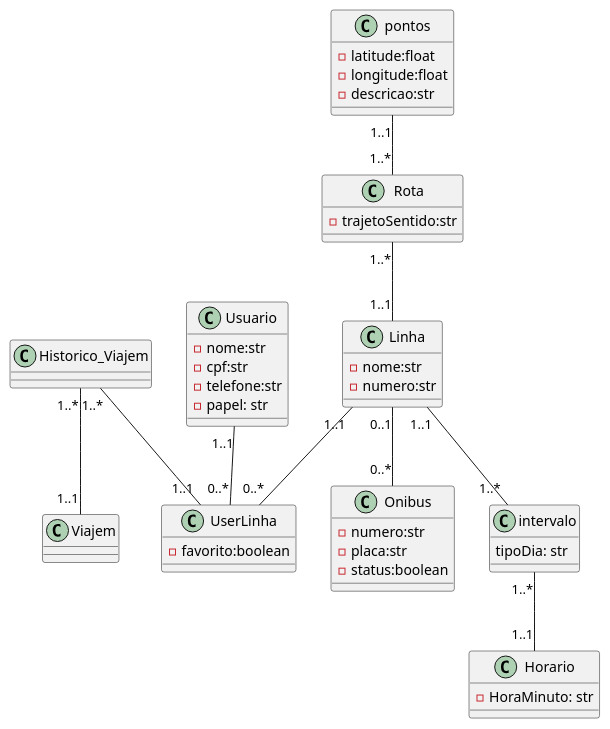
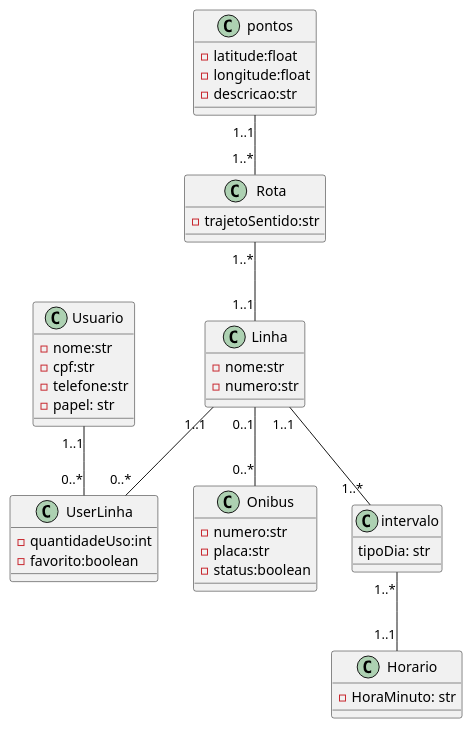
The diagram in docs/mybus_uml.puml (saames/mybus), drawn with PlantUML before and after one commit.

Commit message:
feat:valtamos as origens

```diff
--- a/docs/mybus_uml.puml
+++ b/docs/mybus_uml.puml
@@ -1,62 +1,55 @@
 @startuml mybus
 class Onibus{
     -numero:str
     -placa:str
     -status:boolean
 }
 class Usuario{
     -nome:str
     -cpf:str
     -telefone:str
     -papel: str
 
 }
 class Linha{
     -nome:str
     -numero:str
 }
 class Rota{
     -trajetoSentido:str
 }
 
 
 class pontos{
     -latitude:float
     -longitude:float
     -descricao:str
 
 }
 class intervalo{
     tipoDia: str
 }
 
 class UserLinha{
+    -quantidadeUso:int
     -favorito:boolean
-}
-
-class Historico_Viajem{
-
-}
-
-class Viajem{
-
 }
 
 class Horario {
     -HoraMinuto: str
 
 }
 
 Linha "0..1" -- "0..*" Onibus
 Rota "1..*" -- "1..1"Linha
 pontos "1..1" -- "1..*" Rota
 Linha "1..1" -- "1..*" intervalo
 intervalo "1..*" -- "1..1"Horario
 Usuario "1..1" -- "0..*"UserLinha
 Linha "1..1" -- "0..*" UserLinha
-Historico_Viajem "1..*" -- "1..1" Viajem
-Historico_Viajem "1..*" -- "1..1" UserLinha
+
+
 
 
 
 @enduml
```
